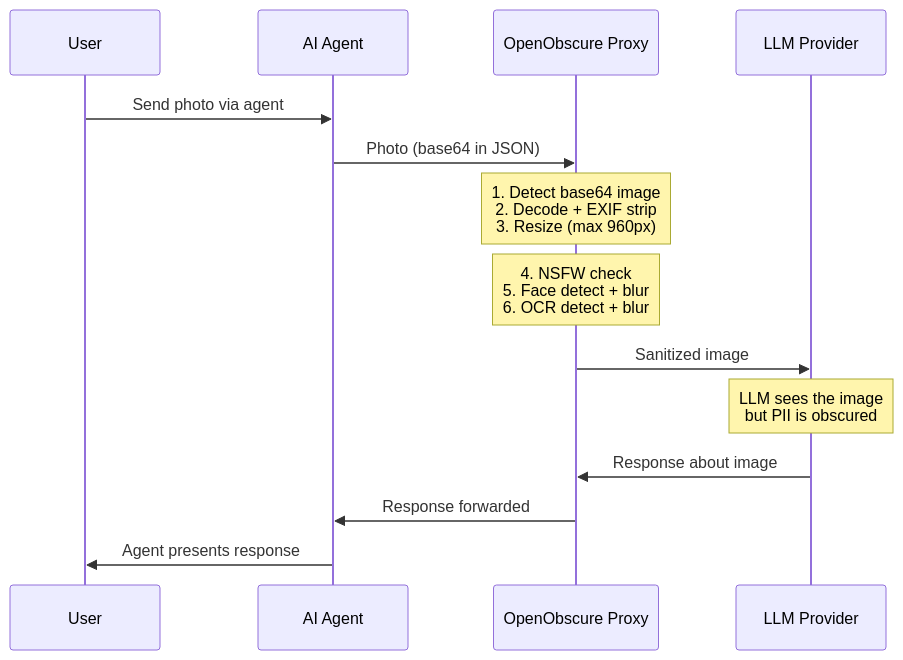
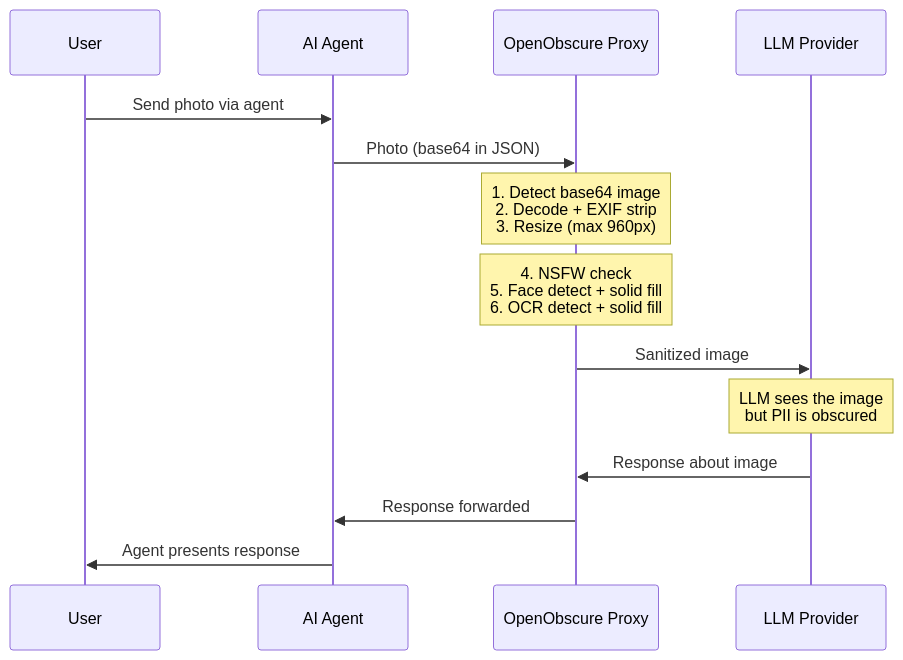
One commit to OpenObscure/OpenObscure changed the fifth of 6 diagrams in README.md. Above: the diagram before and after it, drawn with Mermaid. The commit also changed other lines of this file and 7 other files, not shown here.

First line of the commit message:
Replace all Gaussian blur with solid-color fill for irreversible redaction

````diff
--- a/README.md
+++ b/README.md
@@ -444,17 +444,17 @@
 ```mermaid
 sequenceDiagram
     participant U as User
     participant A as AI Agent
     participant P as OpenObscure Proxy
     participant L as LLM Provider
 
     U->>A: Send photo via agent
     A->>P: Photo (base64 in JSON)
     Note over P: 1. Detect base64 image<br/>2. Decode + EXIF strip<br/>3. Resize (max 960px)
-    Note over P: 4. NSFW check<br/>5. Face detect + blur<br/>6. OCR detect + blur
+    Note over P: 4. NSFW check<br/>5. Face detect + solid fill<br/>6. OCR detect + solid fill
     P->>L: Sanitized image
     Note over L: LLM sees the image<br/>but PII is obscured
     L->>P: Response about image
     P->>A: Response forwarded
     A->>U: Agent presents response
 ```
````
